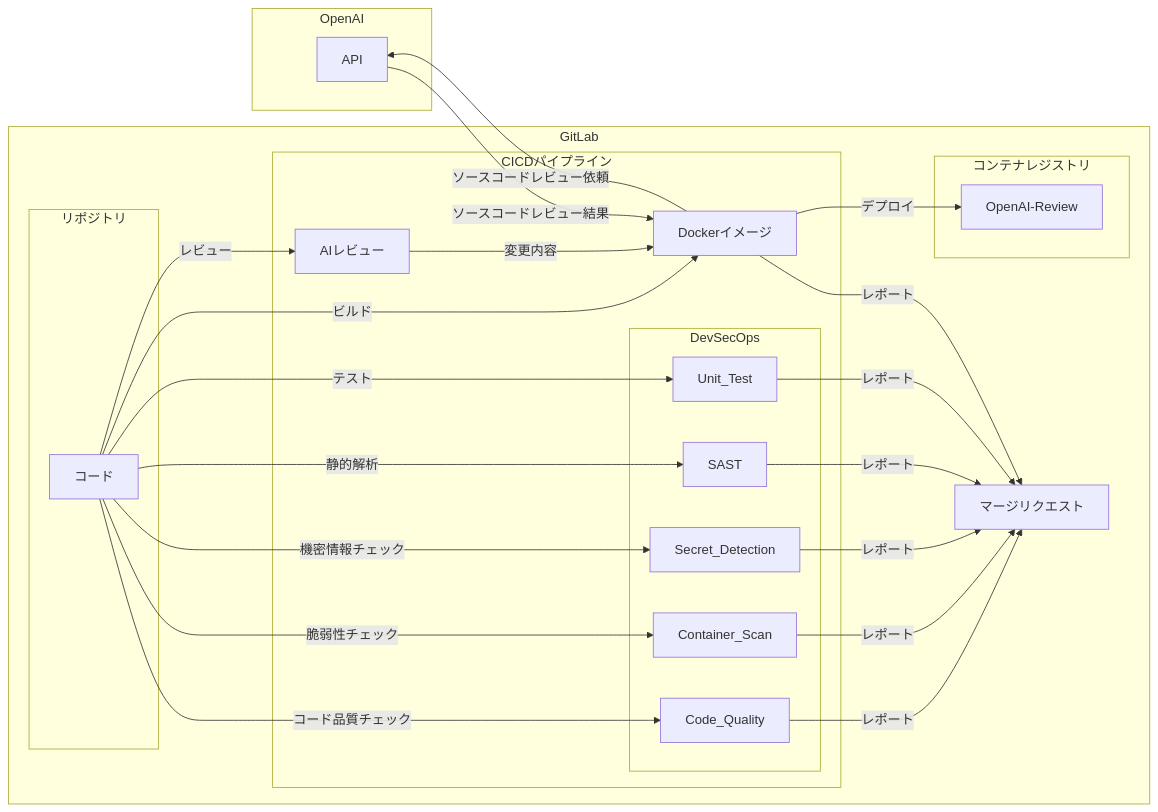
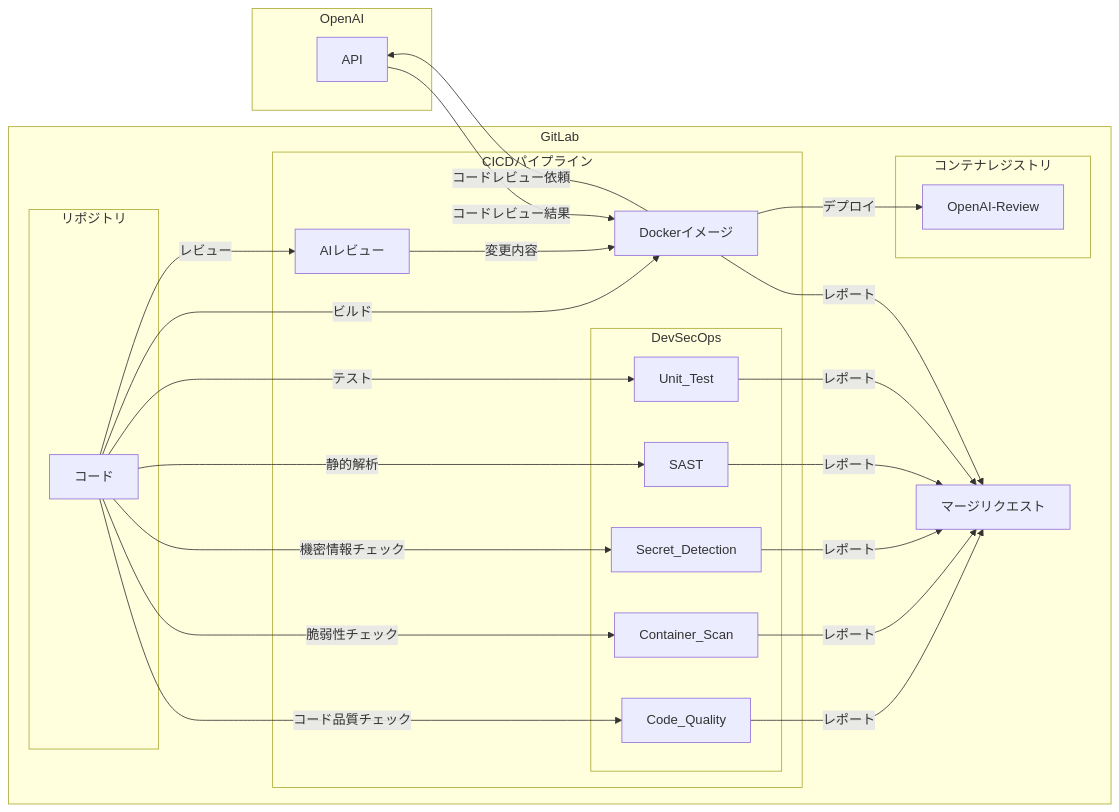
One commit to gongyong/docs changed the second of 2 diagrams in README.md. Above: the diagram before and after it, drawn with Mermaid. The commit also changed other lines of this file, not shown here.

````diff
--- a/README.md
+++ b/README.md
@@ -67,43 +82,43 @@
 ```mermaid
 graph LR
 subgraph OpenAI
     API
 end
 subgraph GitLab
     subgraph リポジトリ
         コード
     end
     subgraph CICDパイプライン
         Dockerイメージ
         subgraph DevSecOps
             Code_Quality
             Container_Scan
             Secret_Detection
             SAST
             Unit_Test
         end
         AIレビュー
     end
     subgraph コンテナレジストリ
         OpenAI-Review
     end
     マージリクエスト
     コード--ビルド-->Dockerイメージ
     Dockerイメージ--デプロイ-->OpenAI-Review
     コード--コード品質チェック-->Code_Quality
     コード--脆弱性チェック-->Container_Scan
     コード--機密情報チェック-->Secret_Detection
     コード--静的解析-->SAST
     コード--テスト-->Unit_Test
     Code_Quality--レポート-->マージリクエスト
     Container_Scan--レポート-->マージリクエスト
     Secret_Detection--レポート-->マージリクエスト
     SAST--レポート-->マージリクエスト
     Unit_Test--レポート-->マージリクエスト
     コード--レビュー-->AIレビュー
     AIレビュー--変更内容-->Dockerイメージ
-    Dockerイメージ-- ソースコードレビュー依頼-->API
-    API--ソースコードレビュー結果-->Dockerイメージ
+    Dockerイメージ-- コードレビュー依頼-->API
+    API--コードレビュー結果-->Dockerイメージ
     Dockerイメージ--レポート-->マージリクエスト
 end
 ```
````
